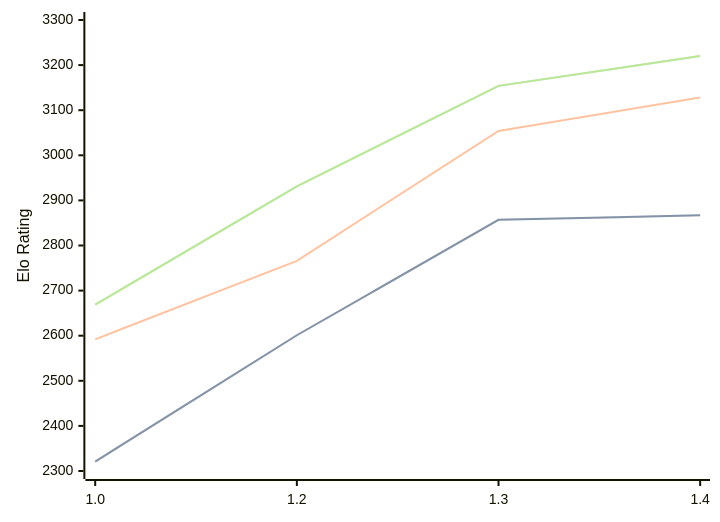
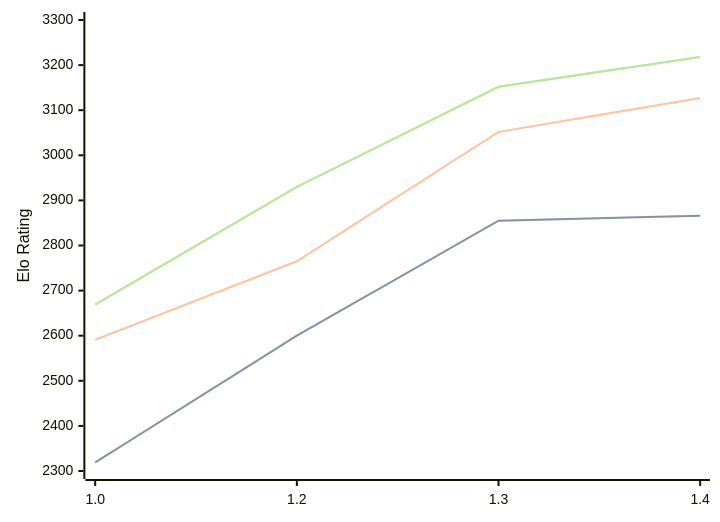
One commit to computer-chess-index/cci changed the diagram in engines/Chessnix.md. Above: the diagram before and after it, drawn with Mermaid. The commit also changed other lines of this file, not shown here.

Commit message:
Update CCI Ratings (ELO VLTC) - 2026-06-07

````diff
--- a/engines/Chessnix.md
+++ b/engines/Chessnix.md
@@ -36,11 +36,11 @@
 ```mermaid
 %%{init: {"theme":"base","themeVariables":{"seriesColors:['#a3a3a3','#222221','#faa371']}}}%%
 xychart-beta
   x-axis ["1.0", "1.2", "1.3", "1.4"]
   y-axis "Elo Rating" 2300 --> 3300
-  line "STC (8.0+0.08s)" [2321, 2601, 2857, 2867]
-  line "STC (8.0+0.08s)" [2321, 2601, 2857, 2867]
-  line "LTC (60.0+0.60s)" [2592, 2766, 3054, 3128]
-  line "VLTC (2m24s+1.12s)" [2669, 2931, 3154, 3220]
-  line "VLTC (2m24s+1.12s)" [2669, 2931, 3154, 3220]
+  line "STC (8.0+0.08s)" [2319, 2600, 2855, 2866]
+  line "STC (8.0+0.08s)" [2319, 2600, 2855, 2866]
+  line "LTC (60.0+0.60s)" [2591, 2765, 3052, 3127]
+  line "VLTC (2m24s+1.12s)" [2669, 2930, 3152, 3218]
+  line "VLTC (2m24s+1.12s)" [2669, 2930, 3152, 3218]
 ```
````
